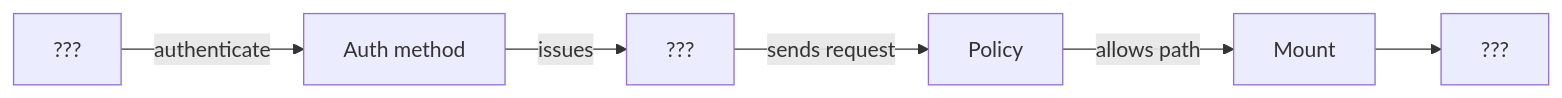
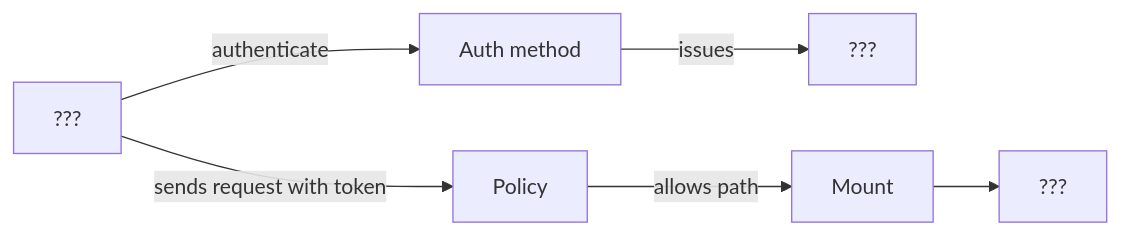
One commit to OpalBolt/Hashicorp-Katas changed the fourth of 4 diagrams in docs/slices/vault/00-foundations.md. Above: the diagram before and after it, drawn with Mermaid. The commit also changed other lines of this file and 2 other files, not shown here.

First line of the commit message:
fix: enable live vault diagram preview

````diff
--- a/docs/slices/vault/00-foundations.md
+++ b/docs/slices/vault/00-foundations.md
@@ -81,14 +86,14 @@
 ```mermaid
 flowchart LR
     client["???"]
     auth["Auth method"]
     token["???"]
     policy["Policy"]
     mount["Mount"]
     secret["???"]
     client -->|"authenticate"| auth
     auth -->|"issues"| token
-    token -->|"sends request"| policy
+    client -->|"sends request with token"| policy
     policy -->|"allows path"| mount
     mount --> secret
 ```
````
